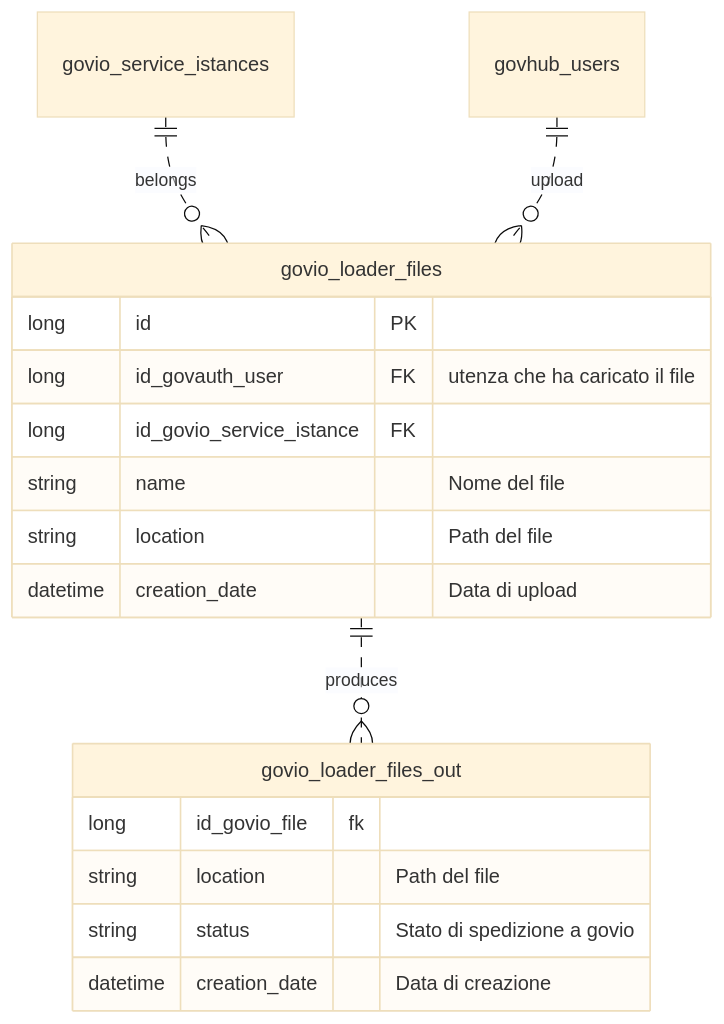
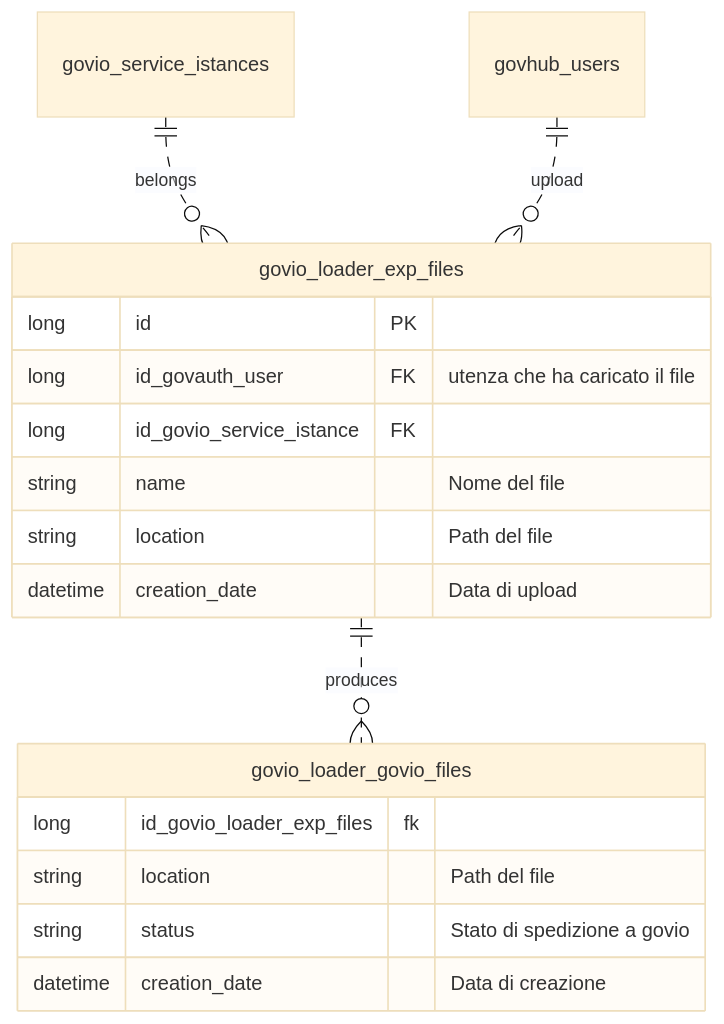
The diagram in README.md (link-it/govio-planner), drawn with Mermaid (base theme) before and after one commit. The commit also changed other lines of this file, not shown here.

````diff
--- a/README.md
+++ b/README.md
@@ -35,23 +35,23 @@
 ```mermaid
 erDiagram
-    govio_service_istances ||..o{ govio_loader_files : belongs
-    govhub_users ||..o{ govio_loader_files : upload  
-    govio_loader_files ||..o{ govio_loader_files_out : produces
+    govio_service_istances ||..o{ govio_loader_exp_files : belongs
+    govhub_users ||..o{ govio_loader_exp_files : upload  
+    govio_loader_exp_files ||..o{ govio_loader_govio_files : produces
 
-    govio_loader_files {
+    govio_loader_exp_files {
         long id PK
         long id_govauth_user FK "utenza che ha caricato il file" 
         long id_govio_service_istance FK
         string name "Nome del file"
         string location "Path del file"
         datetime creation_date "Data di upload"
     }
 
-    govio_loader_files_out {
-        long id_govio_file fk
+    govio_loader_govio_files {
+        long id_govio_loader_exp_files fk
         string location "Path del file" 
         string status "Stato di spedizione a govio"
         datetime creation_date "Data di creazione"
     }
 
 ```
````
